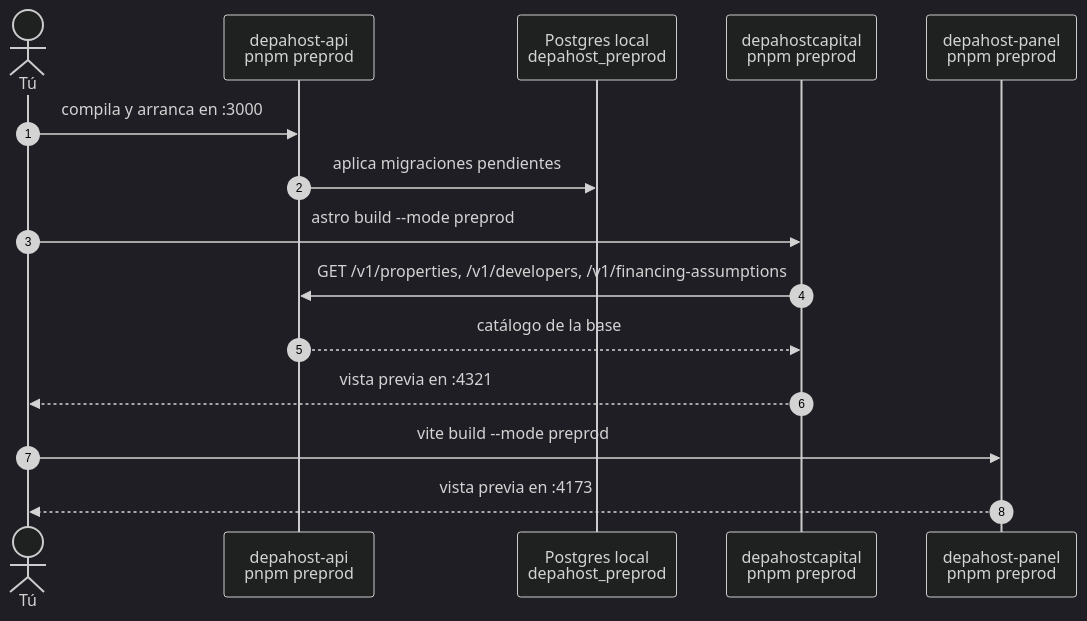
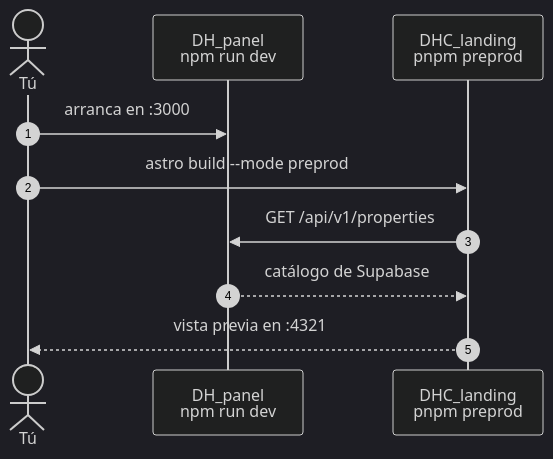
The second of 4 diagrams in docs/plataforma/06-desarrollo-y-operacion.md (samirharrytl/DHC_landing), drawn with Mermaid (dark theme) before and after one commit. The commit also changed other lines of this file and 94 other files, not shown here.

````diff
--- a/docs/plataforma/06-desarrollo-y-operacion.md
+++ b/docs/plataforma/06-desarrollo-y-operacion.md
@@ -223,17 +133,12 @@
 ```mermaid
 sequenceDiagram
     autonumber
     actor Dev as Tú
-    participant API as depahost-api<br/>pnpm preprod
-    participant DB as Postgres local<br/>depahost_preprod
-    participant Sitio as depahostcapital<br/>pnpm preprod
-    participant Panel as depahost-panel<br/>pnpm preprod
-    Dev->>API: compila y arranca en :3000
-    API->>DB: aplica migraciones pendientes
+    participant PN as DH_panel<br/>npm run dev
+    participant Sitio as DHC_landing<br/>pnpm preprod
+    Dev->>PN: arranca en :3000
     Dev->>Sitio: astro build --mode preprod
-    Sitio->>API: GET /v1/properties, /v1/developers, /v1/financing-assumptions
-    API-->>Sitio: catálogo de la base
+    Sitio->>PN: GET /api/v1/properties
+    PN-->>Sitio: catálogo de Supabase
     Sitio-->>Dev: vista previa en :4321
-    Dev->>Panel: vite build --mode preprod
-    Panel-->>Dev: vista previa en :4173
 ```
````
